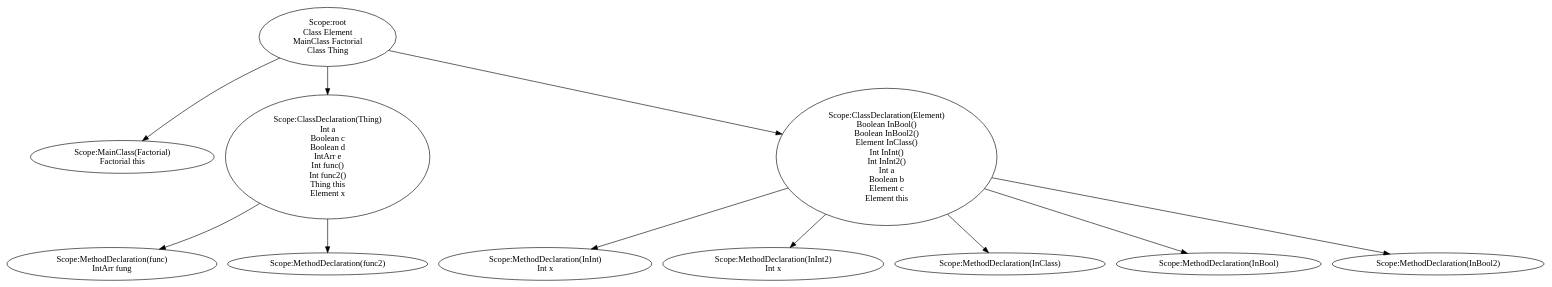
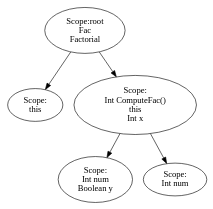
Before and after one commit to JakobAdamsson/Compiler-and-translation-technique: the diagram in assignment2/assignment/st.dot, drawn with Graphviz. The commit also changed 13 other files, not shown here.

```diff
--- a/assignment2/assignment/st.dot
+++ b/assignment2/assignment/st.dot
@@ -1,58 +1,25 @@
 digraph {
 n0 [label="Scope:root
-Class Element
-MainClass Factorial
-Class Thing
+ Fac
+ Factorial
 "];
-n1 [label="Scope:MainClass(Factorial)
-Factorial this
+n1 [label="Scope:
+ this
 "];
 n0 -> n1
-n2 [label="Scope:ClassDeclaration(Thing)
-Int a
-Boolean c
-Boolean d
-IntArr e
-Int func()
-Int func2()
-Thing this
-Element x
+n2 [label="Scope:
+Int ComputeFac()
+ this
+Int x
 "];
-n3 [label="Scope:MethodDeclaration(func)
-IntArr fung
+n3 [label="Scope:
+Int num
+Boolean y
 "];
 n2 -> n3
-n4 [label="Scope:MethodDeclaration(func2)
+n4 [label="Scope:
+Int num
 "];
 n2 -> n4
 n0 -> n2
-n5 [label="Scope:ClassDeclaration(Element)
-Boolean InBool()
-Boolean InBool2()
-Element InClass()
-Int InInt()
-Int InInt2()
-Int a
-Boolean b
-Element c
-Element this
-"];
-n6 [label="Scope:MethodDeclaration(InInt)
-Int x
-"];
-n5 -> n6
-n7 [label="Scope:MethodDeclaration(InInt2)
-Int x
-"];
-n5 -> n7
-n8 [label="Scope:MethodDeclaration(InClass)
-"];
-n5 -> n8
-n9 [label="Scope:MethodDeclaration(InBool)
-"];
-n5 -> n9
-n10 [label="Scope:MethodDeclaration(InBool2)
-"];
-n5 -> n10
-n0 -> n5
 }
```
